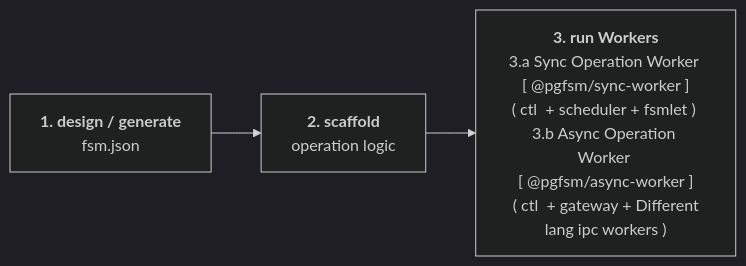
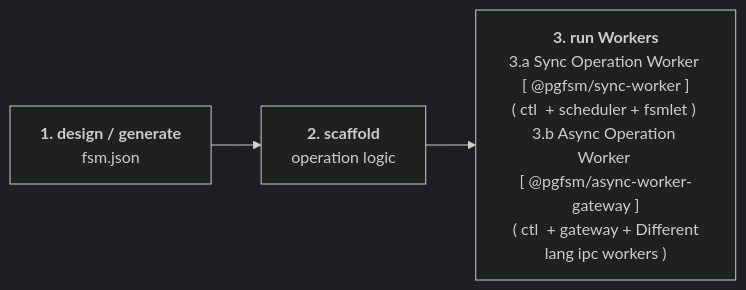
Before and after one commit to pgfsm/fsm: the diagram in README.md, drawn with Mermaid (dark theme). The commit also changed other lines of this file and 63 other files, not shown here.

First line of the commit message:
chore(async-worker-gateway): rename @pgfsm/async-worker to @pgfsm/async-worker-gateway (#361) (#363)

````diff
--- a/README.md
+++ b/README.md
@@ -23,5 +23,5 @@
 ```mermaid
 flowchart LR
     A["<b>1. design / generate</b><br/>fsm.json"] --> B["<b>2. scaffold</b><br/>operation logic"]
-    B --> C["<b>3. run Workers</b><br>3.a Sync Operation Worker <br>[ @pgfsm/sync-worker ]<br>( ctl  + scheduler + fsmlet ) <br>3.b Async Operation Worker <br>[ @pgfsm/async-worker ]<br> ( ctl  + gateway + Different lang ipc workers )"]
+    B --> C["<b>3. run Workers</b><br>3.a Sync Operation Worker <br>[ @pgfsm/sync-worker ]<br>( ctl  + scheduler + fsmlet ) <br>3.b Async Operation Worker <br>[ @pgfsm/async-worker-gateway ]<br> ( ctl  + gateway + Different lang ipc workers )"]
 ```
````
